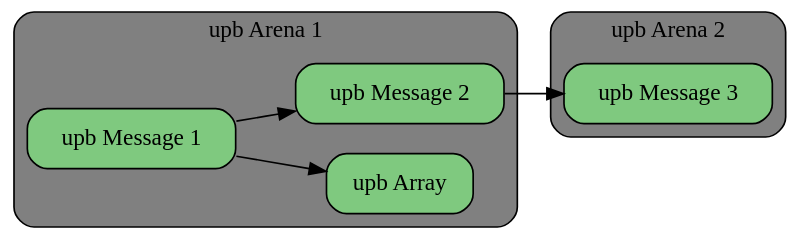
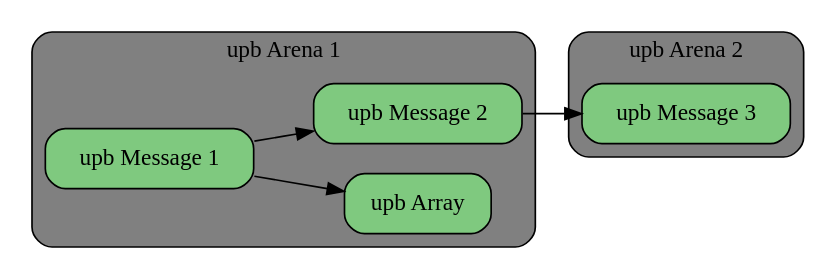
Before and after one commit to protocolbuffers/protobuf: the third of 4 diagrams in doc/wrapping-upb.in.md, drawn with Graphviz. The commit also changed other lines of this file and 4 other files, not shown here.

````diff
--- a/doc/wrapping-upb.in.md
+++ b/doc/wrapping-upb.in.md
@@ -226,25 +224,24 @@
 ```dot {align="center"}
 digraph G {
   rankdir=LR;
   newrank=true;
-  graph[bgcolor=transparent]
   subgraph cluster_0 {
     label = "upb Arena 1"
     graph[style="rounded,filled" fillcolor=gray]
     node [style="rounded,filled" shape=box colorscheme=accent8 fillcolor=1, ordering=out]
     upb_msg -> upb_array;
     upb_msg -> upb_msg2;
     upb_msg [label="upb Message 1" fillcolor=1]
     upb_msg2 [label="upb Message 2"];
     upb_array [label="upb Array"];
   }
   subgraph cluster_1 {
     label = "upb Arena 2"
     graph[style="rounded,filled" fillcolor=gray]
     node [style="rounded,filled" shape=box colorscheme=accent8 fillcolor=1]
     upb_msg3;
   }
   upb_msg2 -> upb_msg3;
   upb_msg3 [label="upb Message 3"];
 }
 ```
````
